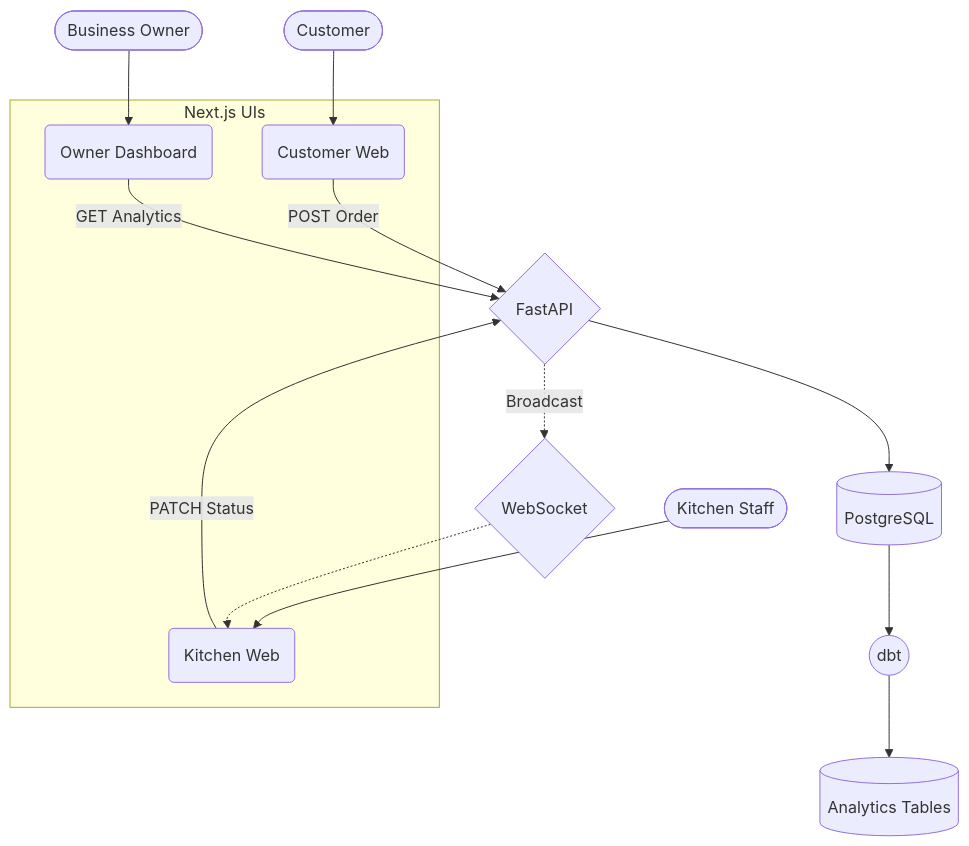
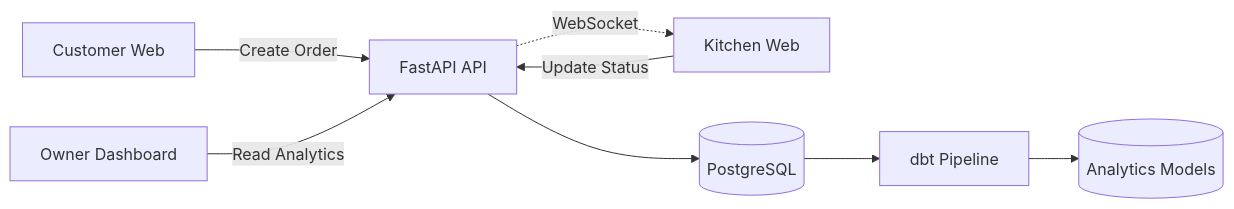
Before and after one commit to OzgurKaptann/sweetops: the diagram in README.md, drawn with Mermaid.

Commit message:
docs: simplify architecture diagram in README

````diff
--- a/README.md
+++ b/README.md
@@ -33,33 +33,12 @@
 ```mermaid
-flowchart TD
-    %% Actors
-    Cust([Customer])
-    Chef([Kitchen Staff])
-    Own([Business Owner])
+flowchart LR
+    C[Customer Web] -->|Create Order| API[FastAPI API]
+    K[Kitchen Web] -->|Update Status| API
+    O[Owner Dashboard] -->|Read Analytics| API
 
-    %% UI
-    subgraph Frontends [Next.js UIs]
-        CW(Customer Web)
-        KW(Kitchen Web)
-        OW(Owner Dashboard)
-    end
+    API --> DB[(PostgreSQL)]
+    DB --> DBT[dbt Pipeline]
+    DBT --> A[(Analytics Models)]
 
-    %% Backend
-    API{FastAPI}
-    WS{WebSocket}
-
-    %% Data
-    DB[(PostgreSQL)]
-    DBT((dbt))
-    WH[(Analytics Tables)]
-
-    Cust --> CW -->|POST Order| API
-    Chef --> KW -->|PATCH Status| API
-    Own --> OW -->|GET Analytics| API
-    
-    API --> DB
-    DB --> DBT --> WH
-    
-    API -.->|Broadcast| WS
-    WS -.-> KW
+    API -. WebSocket .-> K
 ```
````
